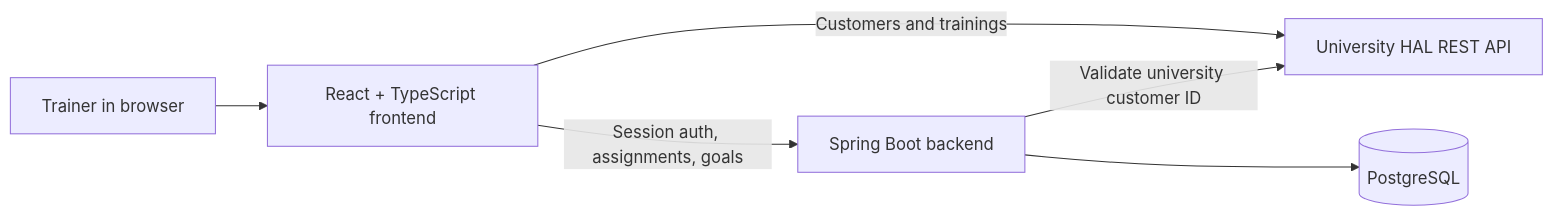
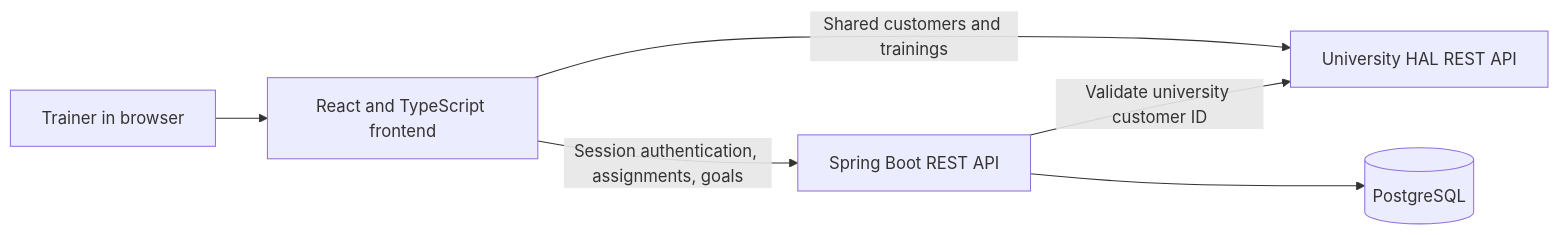
One commit to Samir-BK/Personal-Trainer changed the first of 4 diagrams in frontend/README.md. Above: the diagram before and after it, drawn with Mermaid. The commit also changed other lines of this file, not shown here.

Commit message:
Finalize frontend README documentation

````diff
--- a/frontend/README.md
+++ b/frontend/README.md
@@ -73,8 +97,8 @@
 ```mermaid
 flowchart LR
-    U[Trainer in browser] --> R[React + TypeScript frontend]
-    R -->|Customers and trainings| A[University HAL REST API]
-    R -->|Session auth, assignments, goals| B[Spring Boot backend]
+    U[Trainer in browser] --> R[React and TypeScript frontend]
+    R -->|Shared customers and trainings| A[University HAL REST API]
+    R -->|Session authentication, assignments, goals| B[Spring Boot REST API]
     B --> D[(PostgreSQL)]
     B -->|Validate university customer ID| A
 ```
````
